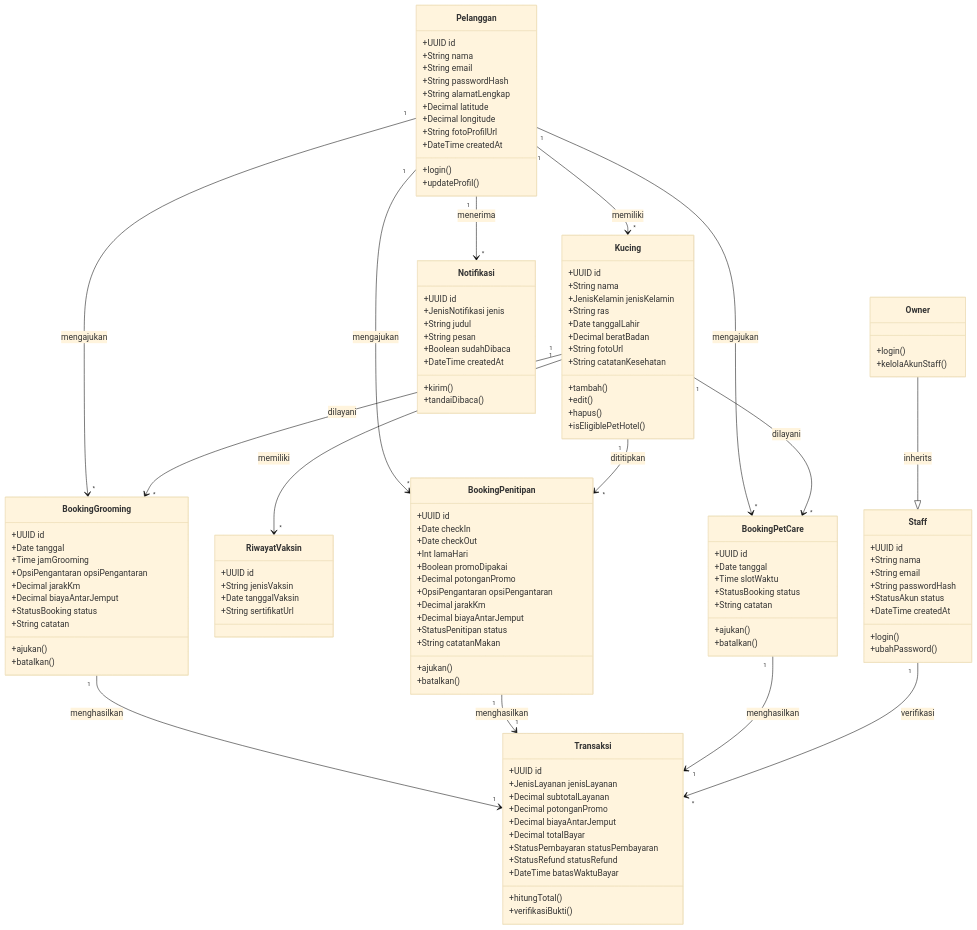
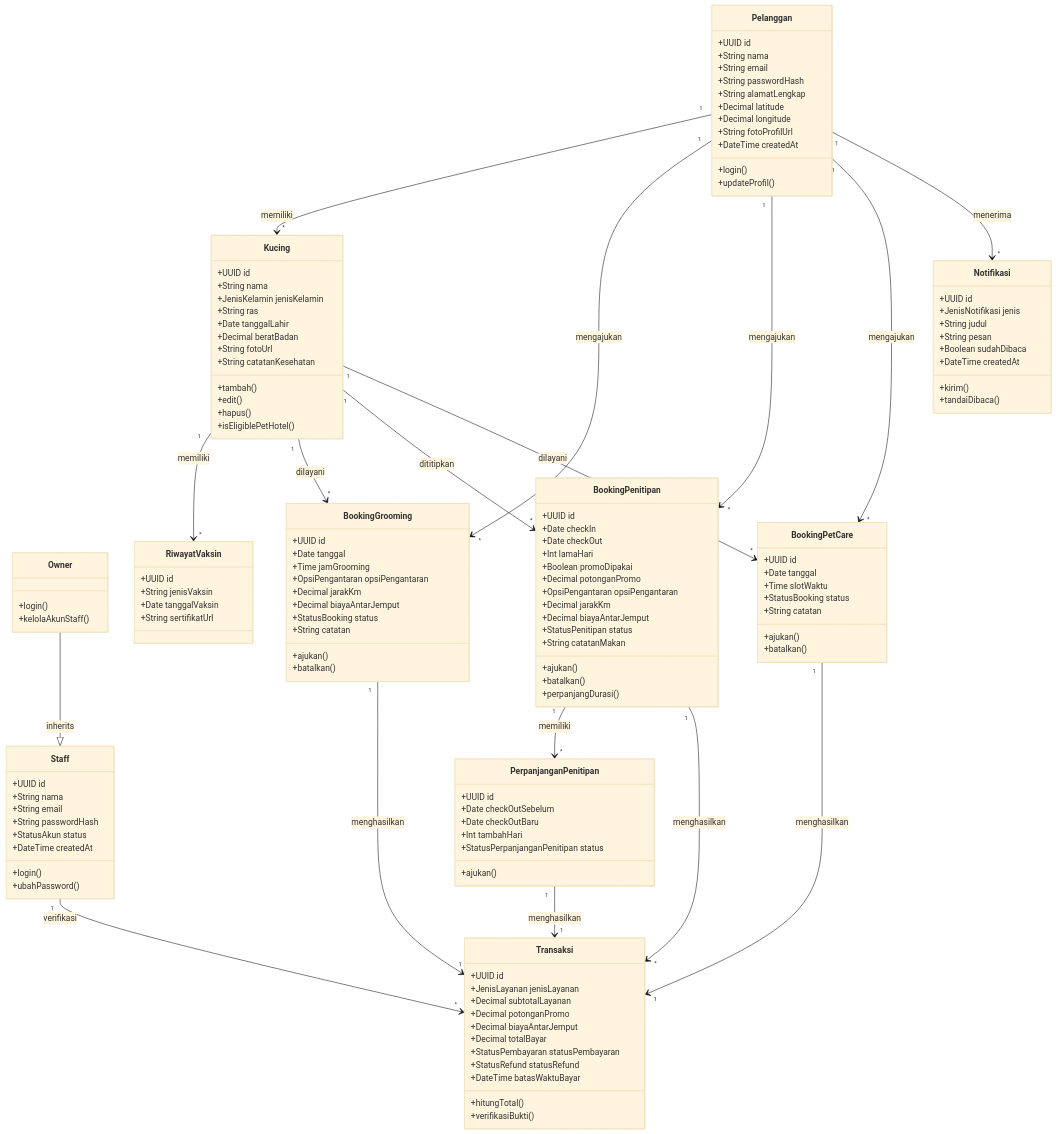
One commit to nonamebkz/pet-hotel changed the first of 11 diagrams in diagrams/class/class-diagram.md. Above: the diagram before and after it, drawn with Mermaid (base theme). The commit also changed other lines of this file and 24 other files, not shown here.

Commit message:
Add support for pet boarding extension requests, including new database schema, updated diagrams, and modified activity flows. Enhance transaction handling for extensions and update related documentation.

````diff
--- a/diagrams/class/class-diagram.md
+++ b/diagrams/class/class-diagram.md
@@ -96,6 +96,16 @@
         +String catatanMakan
         +ajukan()
         +batalkan()
+        +perpanjangDurasi()
+    }
+
+    class PerpanjanganPenitipan {
+        +UUID id
+        +Date checkOutSebelum
+        +Date checkOutBaru
+        +Int tambahHari
+        +StatusPerpanjanganPenitipan status
+        +ajukan()
     }
 
     class BookingPetCare {
@@ -142,9 +152,11 @@
     Kucing "1" --> "*" BookingGrooming : dilayani
     Kucing "1" --> "*" BookingPenitipan : dititipkan
     Kucing "1" --> "*" BookingPetCare : dilayani
+    BookingPenitipan "1" --> "*" PerpanjanganPenitipan : memiliki
     BookingGrooming "1" --> "1" Transaksi : menghasilkan
-    BookingPenitipan "1" --> "1" Transaksi : menghasilkan
+    BookingPenitipan "1" --> "*" Transaksi : menghasilkan
     BookingPetCare "1" --> "1" Transaksi : menghasilkan
+    PerpanjanganPenitipan "1" --> "1" Transaksi : menghasilkan
     Pelanggan "1" --> "*" Notifikasi : menerima
     Staff "1" --> "*" Transaksi : verifikasi
 ```
````
